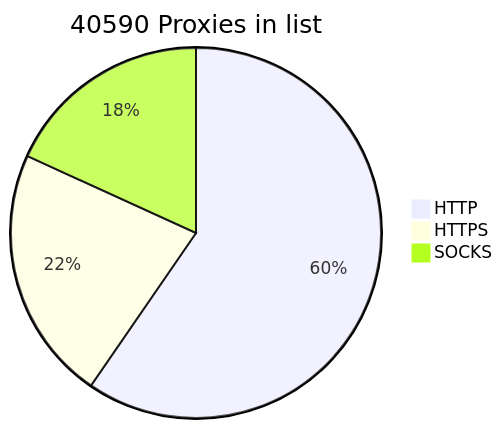
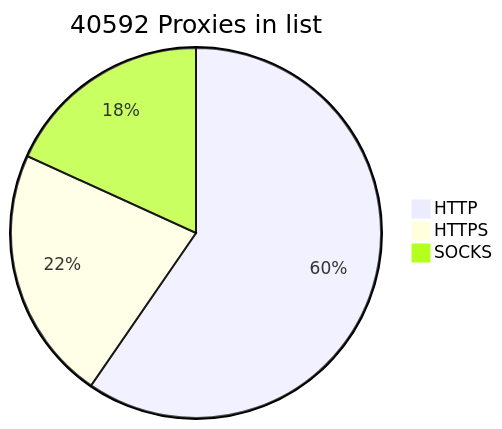
The diagram in README.md (BlackSnowDot/proxylist-update-every-minute), drawn with Mermaid before and after one commit.

````diff
--- a/README.md
+++ b/README.md
@@ -2,6 +2,6 @@
 ```mermaid
-pie title 40590 Proxies in list
+pie title 40592 Proxies in list
     "HTTP" : 28366
     "HTTPS": 10577
-    "SOCKS" : 8657
+    "SOCKS" : 8659
 ```
````
